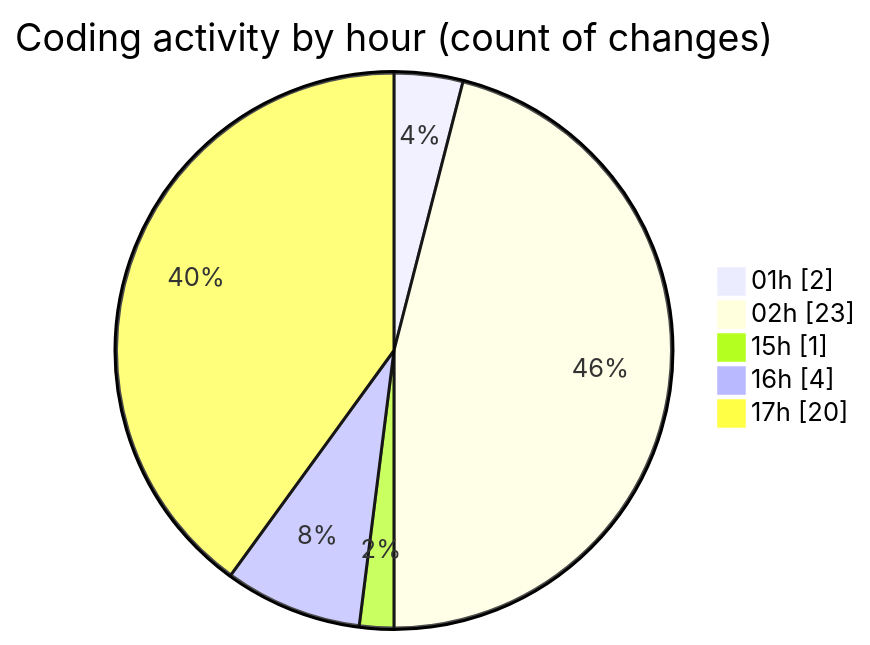
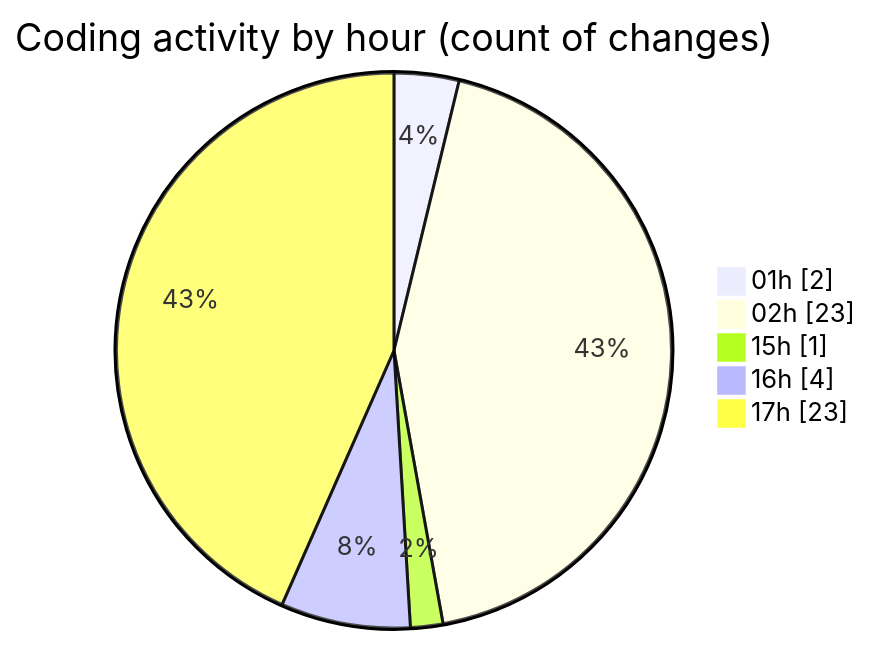
One commit to mevix1/code-tracking changed the second of 2 diagrams in 2025-10-01/open-health/README.md. Above: the diagram before and after it, drawn with Mermaid. The commit also changed other lines of this file and 1 other file, not shown here.

````diff
--- a/2025-10-01/open-health/README.md
+++ b/2025-10-01/open-health/README.md
@@ -60,9 +60,9 @@
 ```mermaid
 pie showData
 title Coding activity by hour (count of changes)
 "01h" : 2
 "02h" : 23
 "15h" : 1
 "16h" : 4
-"17h" : 20
+"17h" : 23
 ```
````
